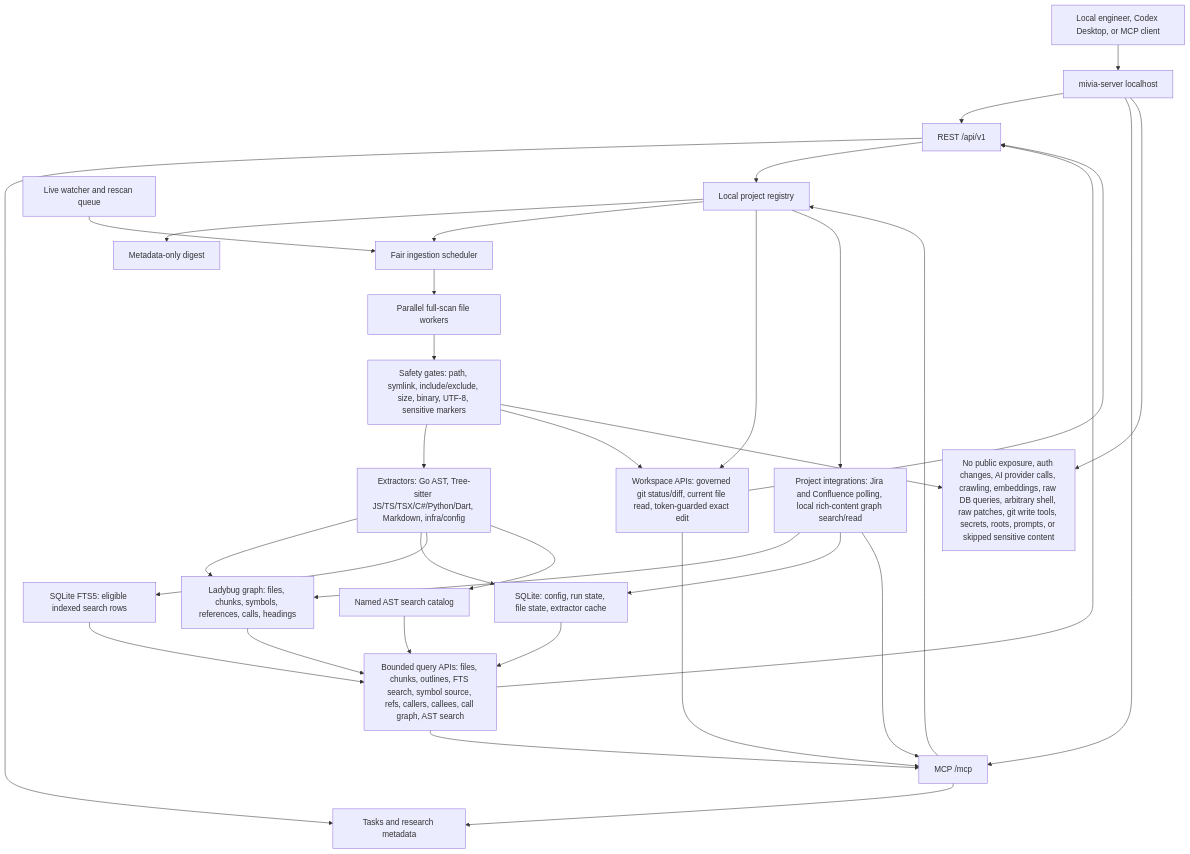
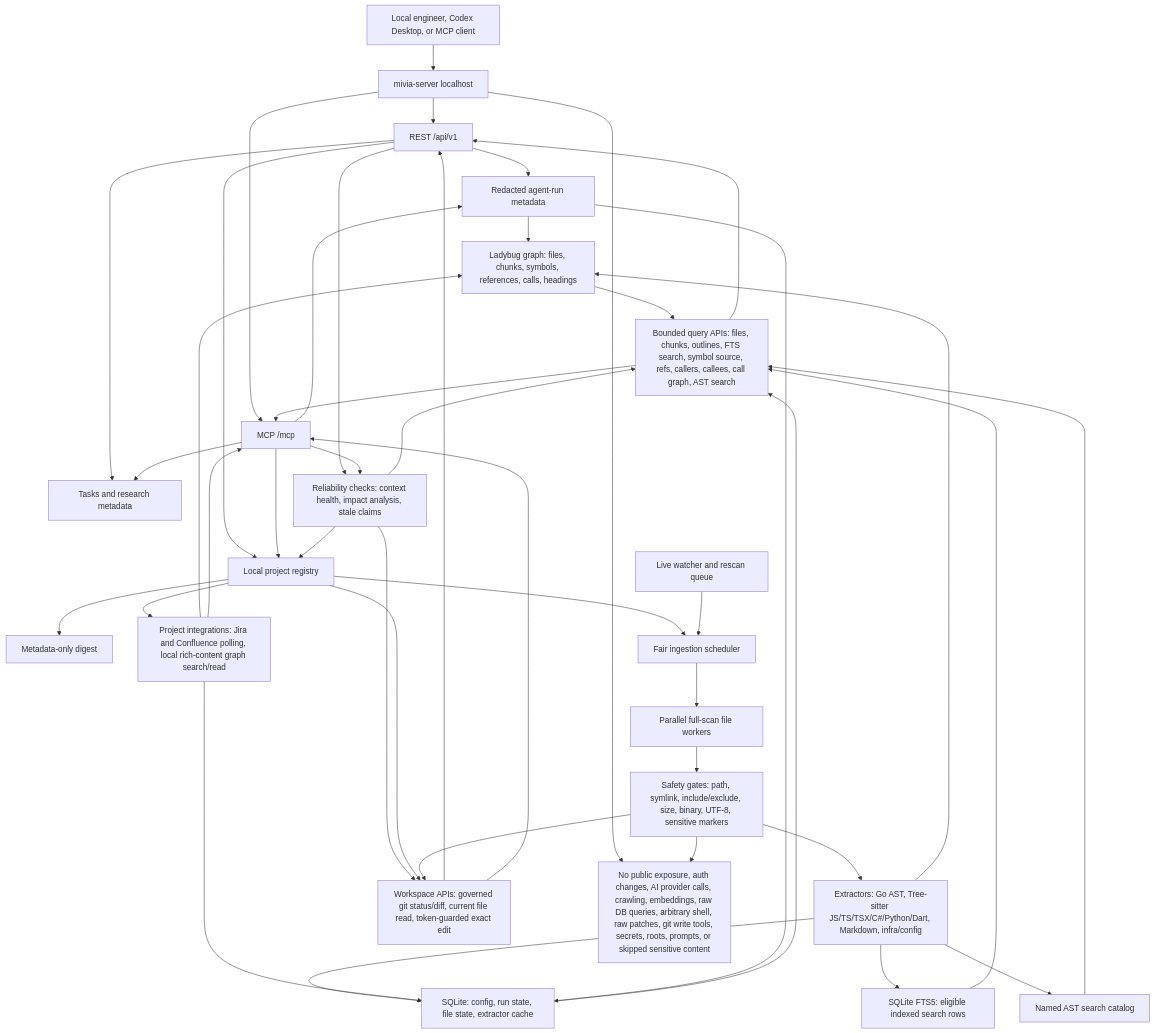
The first of 4 diagrams in README.md (MiviaLabs/go-mivia), drawn with Mermaid before and after one commit. The commit also changed other lines of this file and 23 other files, not shown here.

Commit message:
Add agent reliability MCP surfaces

````diff
--- a/README.md
+++ b/README.md
@@ -17,57 +17,68 @@
 ```mermaid
 flowchart TB
   Client["Local engineer, Codex Desktop, or MCP client"]
   Server["mivia-server localhost"]
   REST["REST /api/v1"]
   MCP["MCP /mcp"]
   Tasks["Tasks and research metadata"]
+  AgentRuns["Redacted agent-run metadata"]
   Registry["Local project registry"]
+  Reliability["Reliability checks: context health, impact analysis, stale claims"]
   Digest["Metadata-only digest"]
   Scheduler["Fair ingestion scheduler"]
   Live["Live watcher and rescan queue"]
   Workers["Parallel full-scan file workers"]
   Safety["Safety gates: path, symlink, include/exclude, size, binary, UTF-8, sensitive markers"]
   Extractors["Extractors: Go AST, Tree-sitter JS/TS/TSX/C#/Python/Dart, Markdown, infra/config"]
   Graph["Ladybug graph: files, chunks, symbols, references, calls, headings"]
   SQLite["SQLite: config, run state, file state, extractor cache"]
   FTS["SQLite FTS5: eligible indexed search rows"]
   AST["Named AST search catalog"]
   Queries["Bounded query APIs: files, chunks, outlines, FTS search, symbol source, refs, callers, callees, call graph, AST search"]
   Workspace["Workspace APIs: governed git status/diff, current file read, token-guarded exact edit"]
   Integrations["Project integrations: Jira and Confluence polling, local rich-content graph search/read"]
   Boundaries["No public exposure, auth changes, AI provider calls, crawling, embeddings, raw DB queries, arbitrary shell, raw patches, git write tools, secrets, roots, prompts, or skipped sensitive content"]
 
   Client --> Server
   Server --> REST
   Server --> MCP
   REST --> Tasks
   MCP --> Tasks
+  REST --> AgentRuns
+  MCP --> AgentRuns
   REST --> Registry
   MCP --> Registry
+  REST --> Reliability
+  MCP --> Reliability
   Registry --> Digest
+  Reliability --> Registry
+  Reliability --> Workspace
+  Reliability --> Queries
   Registry --> Scheduler
   Live --> Scheduler
   Scheduler --> Workers
   Workers --> Safety
   Safety --> Extractors
   Extractors --> Graph
   Extractors --> SQLite
   Extractors --> FTS
   Extractors --> AST
   Graph --> Queries
   SQLite --> Queries
   FTS --> Queries
   AST --> Queries
   Registry --> Workspace
   Safety --> Workspace
   Queries --> REST
   Queries --> MCP
   Workspace --> REST
   Workspace --> MCP
   Registry --> Integrations
   Integrations --> Graph
   Integrations --> SQLite
   Integrations --> MCP
+  AgentRuns --> Graph
+  AgentRuns --> SQLite
   Server --> Boundaries
   Safety --> Boundaries
 ```
````
